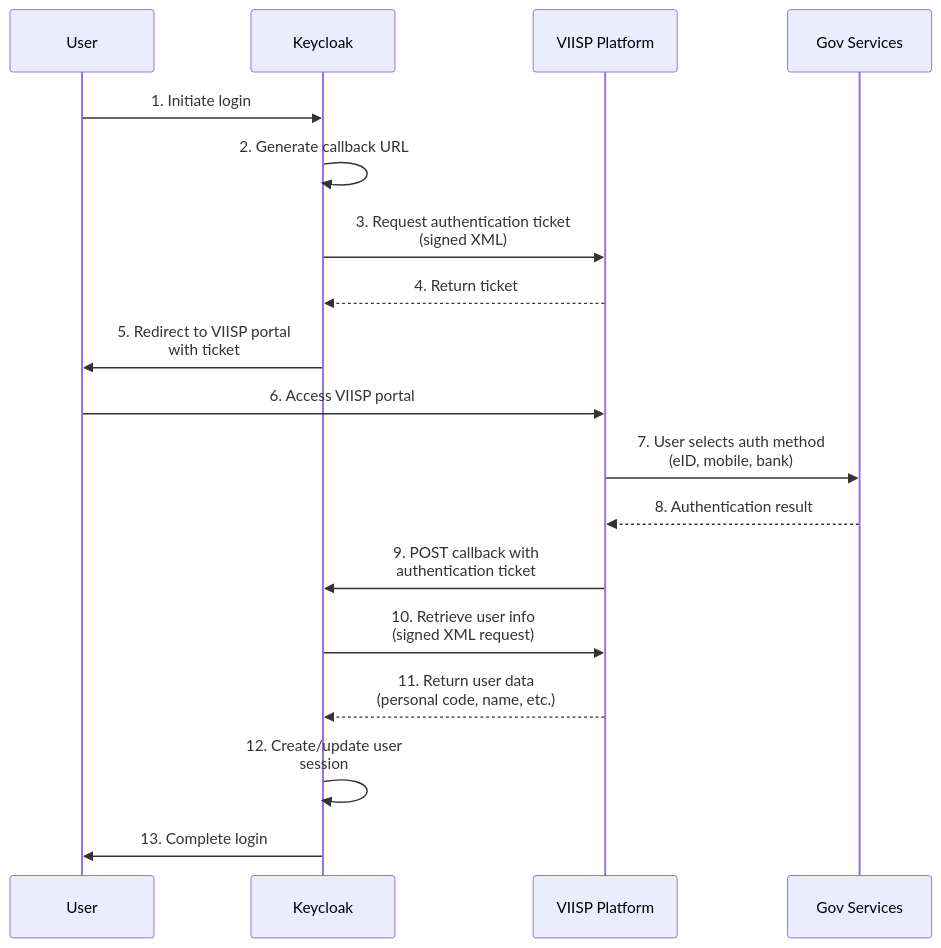
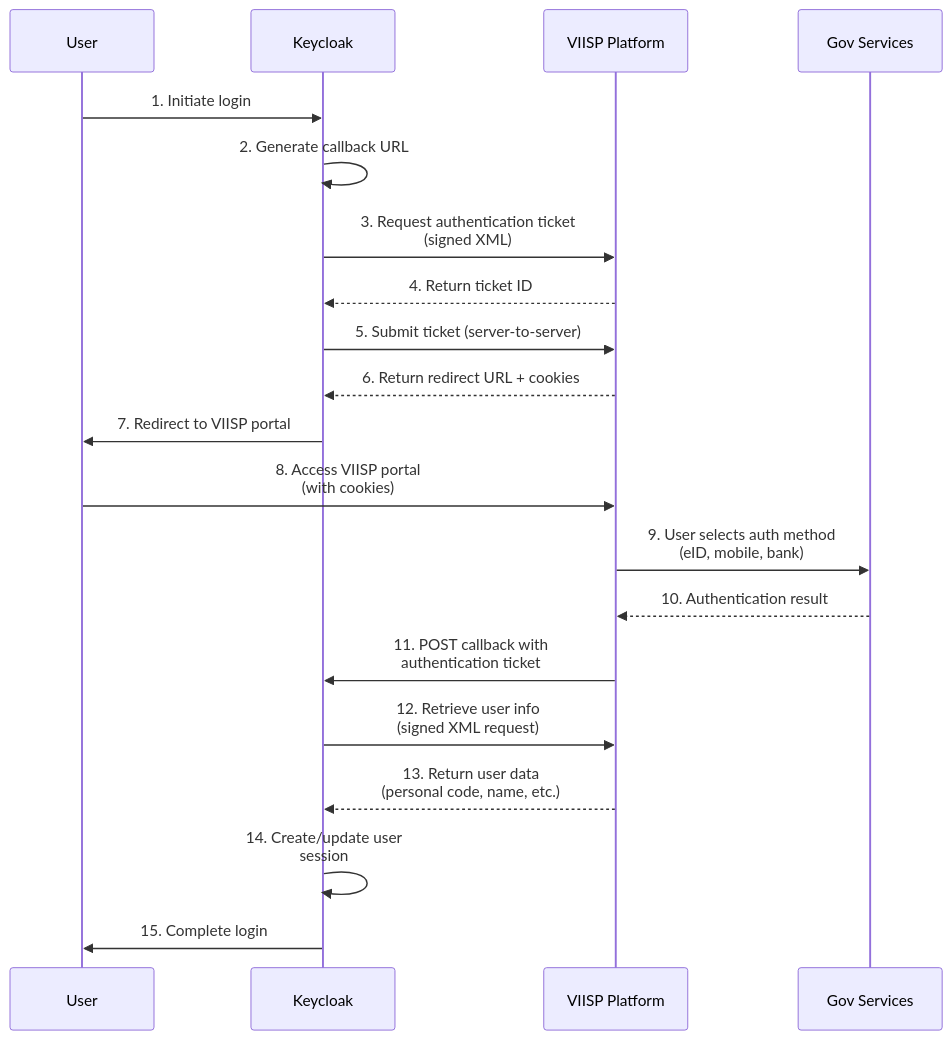
The diagram in README.md (waldur/keycloak-epaslaugos), drawn with Mermaid before and after one commit. The commit also changed other lines of this file and 14 other files, not shown here.

````diff
--- a/README.md
+++ b/README.md
@@ -31,21 +38,23 @@
 ```mermaid
 sequenceDiagram
     participant User
     participant Keycloak
     participant VIISP as VIISP Platform
     participant Gov as Gov Services
 
     User->>Keycloak: 1. Initiate login
     Keycloak->>Keycloak: 2. Generate callback URL
     Keycloak->>VIISP: 3. Request authentication ticket<br/>(signed XML)
-    VIISP-->>Keycloak: 4. Return ticket
-    Keycloak->>User: 5. Redirect to VIISP portal<br/>with ticket
-    User->>VIISP: 6. Access VIISP portal
-    VIISP->>Gov: 7. User selects auth method<br/>(eID, mobile, bank)
-    Gov-->>VIISP: 8. Authentication result
-    VIISP->>Keycloak: 9. POST callback with<br/>authentication ticket
-    Keycloak->>VIISP: 10. Retrieve user info<br/>(signed XML request)
-    VIISP-->>Keycloak: 11. Return user data<br/>(personal code, name, etc.)
-    Keycloak->>Keycloak: 12. Create/update user<br/>session
-    Keycloak->>User: 13. Complete login
+    VIISP-->>Keycloak: 4. Return ticket ID
+    Keycloak->>VIISP: 5. Submit ticket (server-to-server)
+    VIISP-->>Keycloak: 6. Return redirect URL + cookies
+    Keycloak->>User: 7. Redirect to VIISP portal
+    User->>VIISP: 8. Access VIISP portal<br/>(with cookies)
+    VIISP->>Gov: 9. User selects auth method<br/>(eID, mobile, bank)
+    Gov-->>VIISP: 10. Authentication result
+    VIISP->>Keycloak: 11. POST callback with<br/>authentication ticket
+    Keycloak->>VIISP: 12. Retrieve user info<br/>(signed XML request)
+    VIISP-->>Keycloak: 13. Return user data<br/>(personal code, name, etc.)
+    Keycloak->>Keycloak: 14. Create/update user<br/>session
+    Keycloak->>User: 15. Complete login
 ```
````
